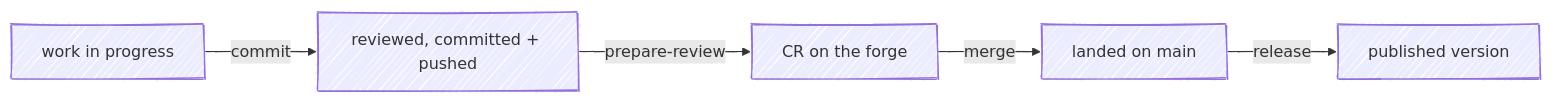
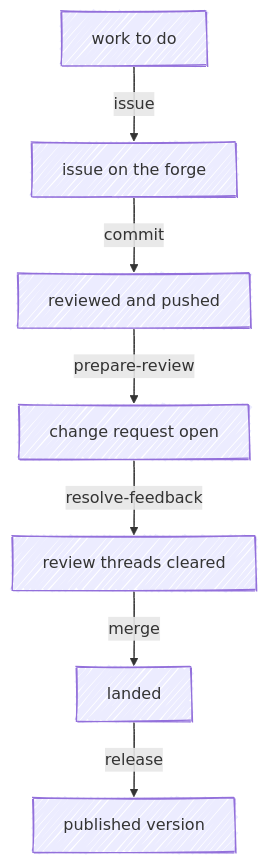
The diagram in docs/README.md (chris-peterson/anchor), drawn with Mermaid before and after one commit. The commit also changed other lines of this file and 19 other files, not shown here.

````diff
--- a/docs/README.md
+++ b/docs/README.md
@@ -9,8 +10,10 @@
 ```mermaid
 %%{ init: { 'look': 'handDrawn' } }%%
-flowchart LR
-    WIP["work in progress"] -->|commit| Pushed["reviewed, committed + pushed"]
-    Pushed -->|prepare-review| Forge["CR on the forge"]
-    Forge -->|merge| Landed["landed on main"]
+flowchart TD
+    Need["work to do"] -->|issue| Filed["issue on the forge"]
+    Filed -->|commit| Pushed["reviewed and pushed"]
+    Pushed -->|prepare-review| Open["change request open"]
+    Open -->|resolve-feedback| Cleared["review threads cleared"]
+    Cleared -->|merge| Landed["landed"]
     Landed -->|release| Shipped["published version"]
 ```
````
